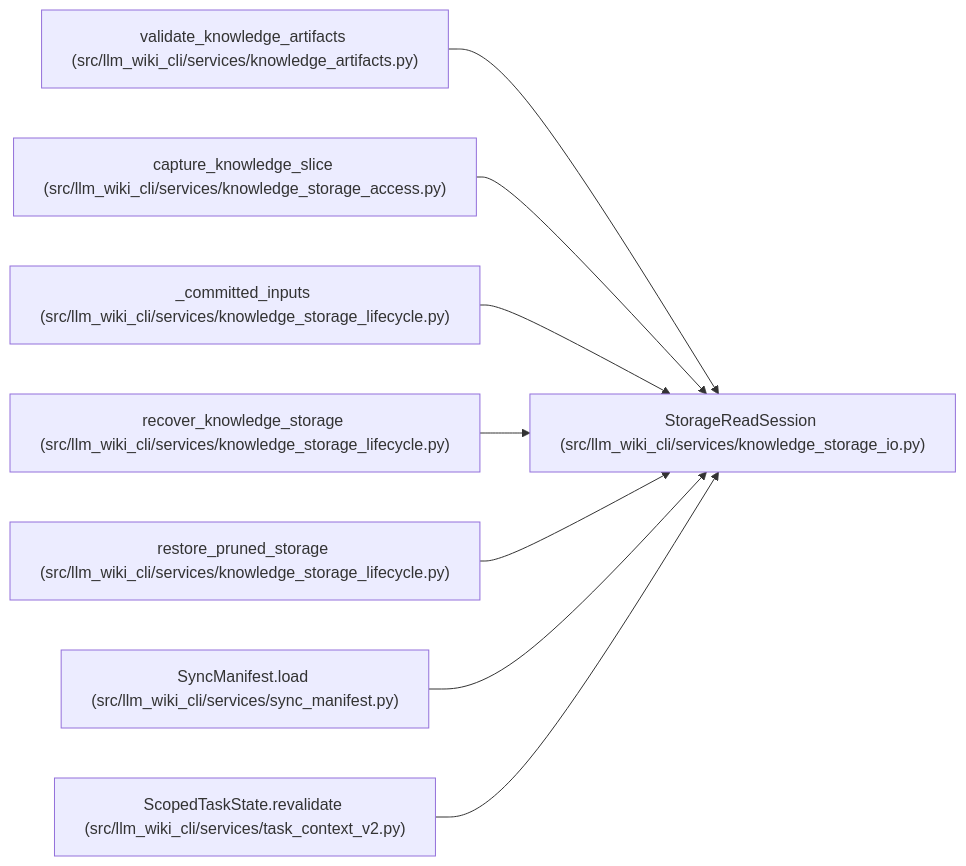
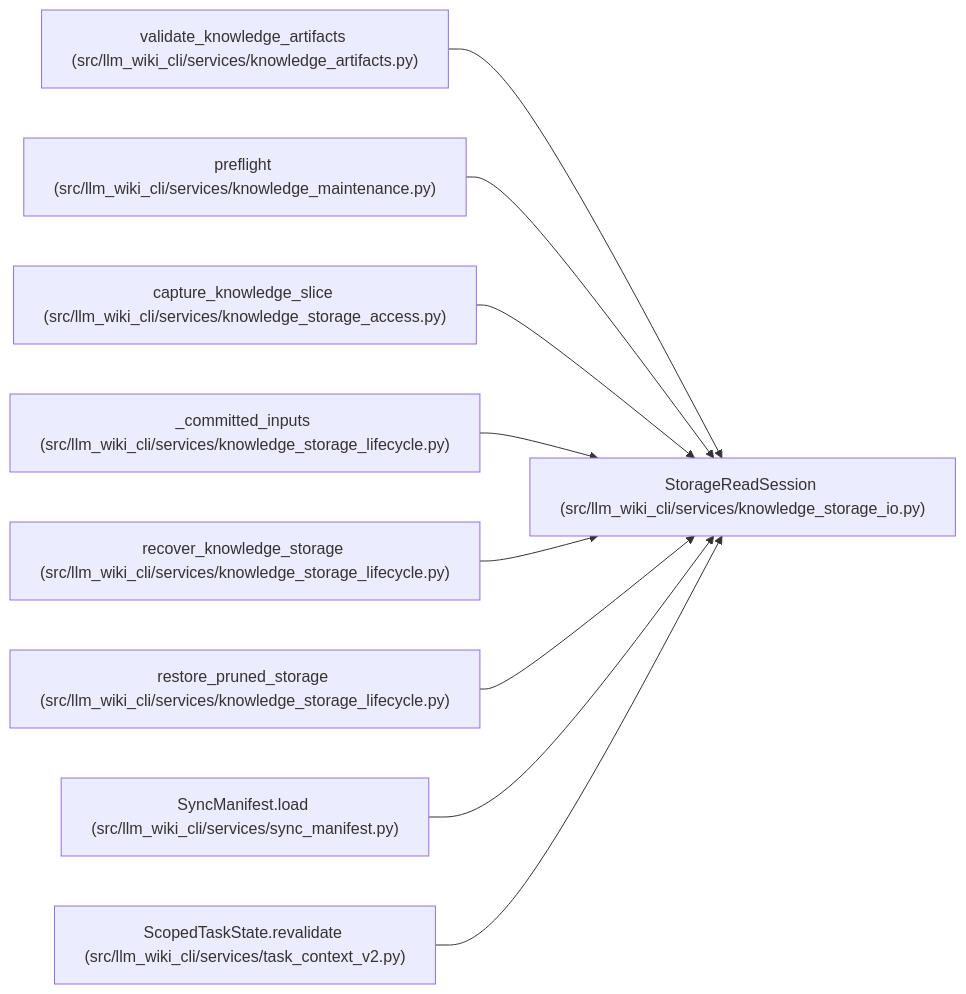
The diagram in docs/llm_wiki/entities/StorageReadSession.md (Denissvgn/python-wiki-llm), drawn with Mermaid before and after one commit. The commit also changed other lines of this file and 727 other files, not shown here.

````diff
--- a/docs/llm_wiki/entities/StorageReadSession.md
+++ b/docs/llm_wiki/entities/StorageReadSession.md
@@ -34,26 +34,29 @@
 ```mermaid
 flowchart LR
     n0["StorageReadSession (src/llm_wiki_cli/services/knowledge_storage_io.py)"]
     n1["validate_knowledge_artifacts (src/llm_wiki_cli/services/knowledge_artifacts.py)"]
-    n2["capture_knowledge_slice (src/llm_wiki_cli/services/knowledge_storage_access.py)"]
-    n3["_committed_inputs (src/llm_wiki_cli/services/knowledge_storage_lifecycle.py)"]
-    n4["recover_knowledge_storage (src/llm_wiki_cli/services/knowledge_storage_lifecycle.py)"]
-    n5["restore_pruned_storage (src/llm_wiki_cli/services/knowledge_storage_lifecycle.py)"]
-    n6["SyncManifest.load (src/llm_wiki_cli/services/sync_manifest.py)"]
-    n7["ScopedTaskState.revalidate (src/llm_wiki_cli/services/task_context_v2.py)"]
+    n2["preflight (src/llm_wiki_cli/services/knowledge_maintenance.py)"]
+    n3["capture_knowledge_slice (src/llm_wiki_cli/services/knowledge_storage_access.py)"]
+    n4["_committed_inputs (src/llm_wiki_cli/services/knowledge_storage_lifecycle.py)"]
+    n5["recover_knowledge_storage (src/llm_wiki_cli/services/knowledge_storage_lifecycle.py)"]
+    n6["restore_pruned_storage (src/llm_wiki_cli/services/knowledge_storage_lifecycle.py)"]
+    n7["SyncManifest.load (src/llm_wiki_cli/services/sync_manifest.py)"]
+    n8["ScopedTaskState.revalidate (src/llm_wiki_cli/services/task_context_v2.py)"]
     n1 --> n0
     n2 --> n0
     n3 --> n0
     n4 --> n0
     n5 --> n0
     n6 --> n0
     n7 --> n0
+    n8 --> n0
     click n0 "../modules/knowledge_storage_io.md"
     click n1 "../modules/knowledge_artifacts.md"
-    click n2 "../modules/knowledge_storage_access.md"
-    click n3 "../modules/knowledge_storage_lifecycle.md"
+    click n2 "../modules/knowledge_maintenance.md"
+    click n3 "../modules/knowledge_storage_access.md"
     click n4 "../modules/knowledge_storage_lifecycle.md"
     click n5 "../modules/knowledge_storage_lifecycle.md"
-    click n6 "../modules/sync_manifest.md"
-    click n7 "../modules/task_context_v2.md"
+    click n6 "../modules/knowledge_storage_lifecycle.md"
+    click n7 "../modules/sync_manifest.md"
+    click n8 "../modules/task_context_v2.md"
 ```
````
